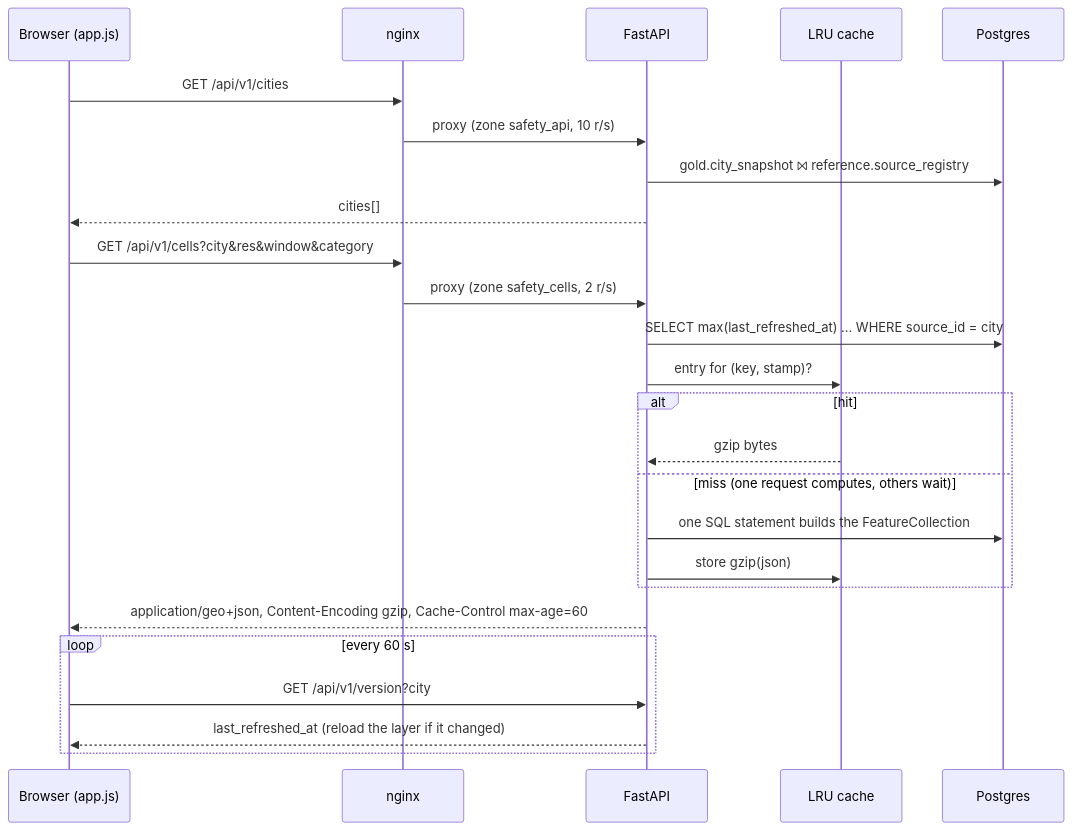
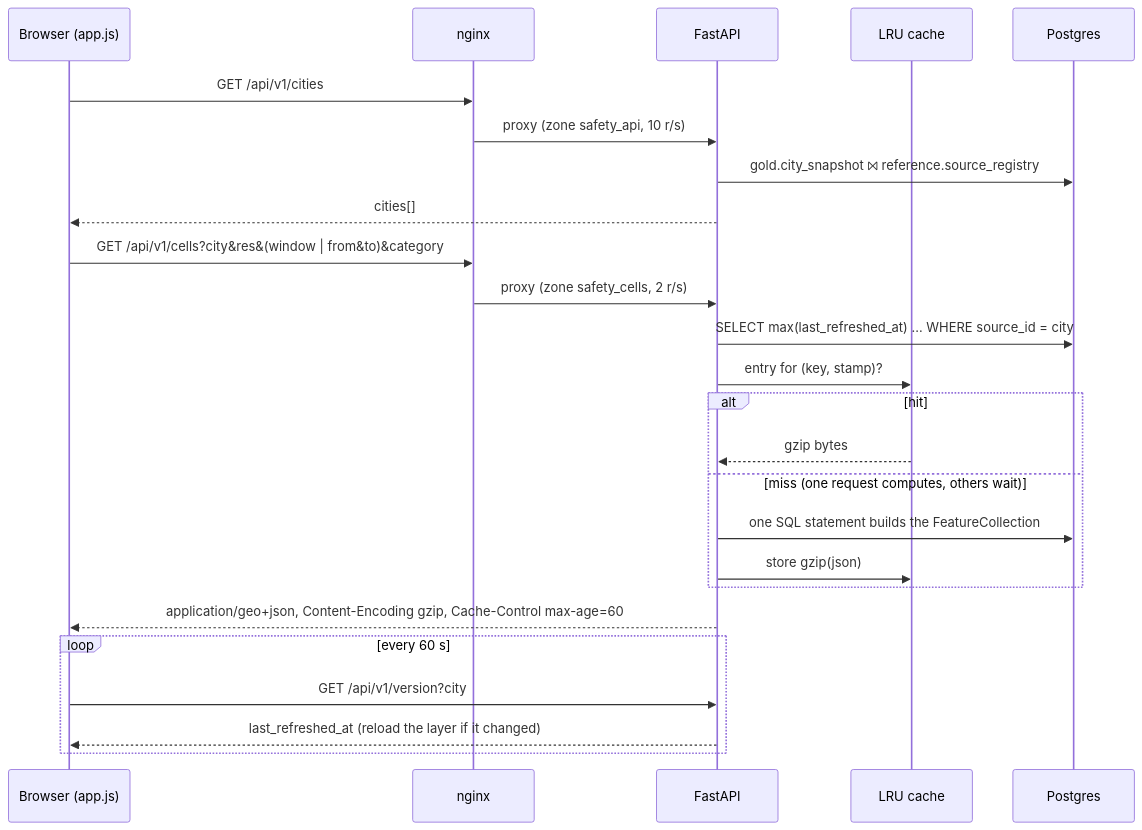
The second of 4 diagrams in docs/ARCHITECTURE.md (ryanfio15/Crime-Prevention-and-Personal-Safety-Application), drawn with Mermaid before and after one commit. The commit also changed other lines of this file and 15 other files, not shown here.

````diff
--- a/docs/ARCHITECTURE.md
+++ b/docs/ARCHITECTURE.md
@@ -104,27 +104,27 @@
 ```mermaid
 sequenceDiagram
   participant B as Browser (app.js)
   participant N as nginx
   participant A as FastAPI
   participant C as LRU cache
   participant D as Postgres
   B->>N: GET /api/v1/cities
   N->>A: proxy (zone safety_api, 10 r/s)
   A->>D: gold.city_snapshot ⨝ reference.source_registry
   A-->>B: cities[]
-  B->>N: GET /api/v1/cells?city&res&window&category
+  B->>N: GET /api/v1/cells?city&res&(window | from&to)&category
   N->>A: proxy (zone safety_cells, 2 r/s)
   A->>D: SELECT max(last_refreshed_at) … WHERE source_id = city
   A->>C: entry for (key, stamp)?
   alt hit
     C-->>A: gzip bytes
   else miss (one request computes, others wait)
     A->>D: one SQL statement builds the FeatureCollection
     A->>C: store gzip(json)
   end
   A-->>B: application/geo+json, Content-Encoding gzip, Cache-Control max-age=60
   loop every 60 s
     B->>A: GET /api/v1/version?city
     A-->>B: last_refreshed_at (reload the layer if it changed)
   end
 ```
````
